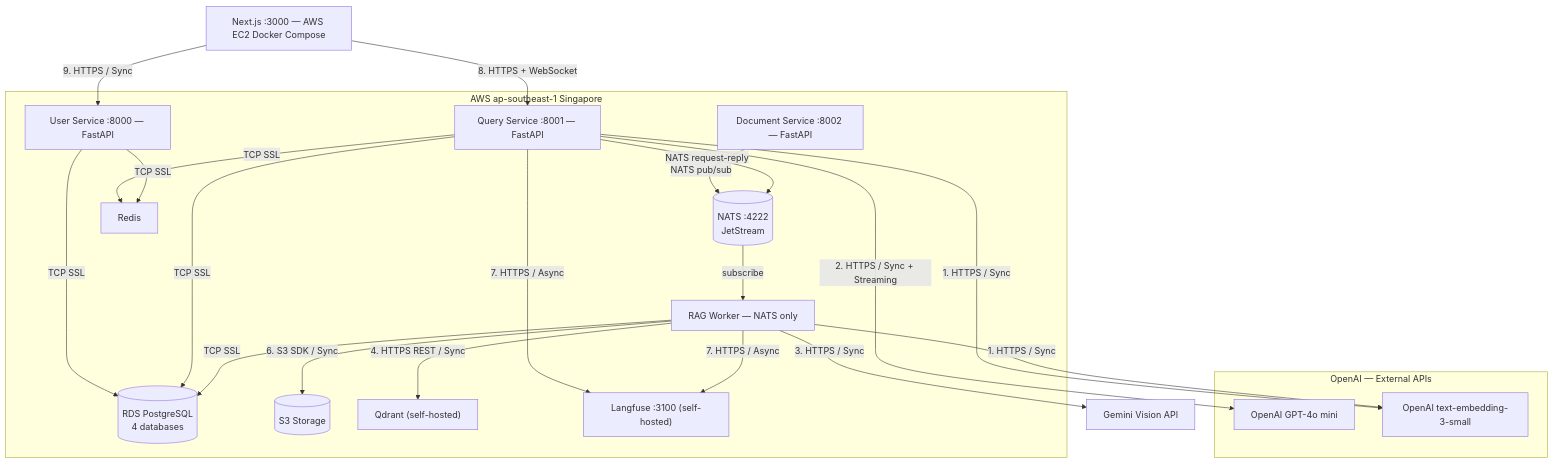
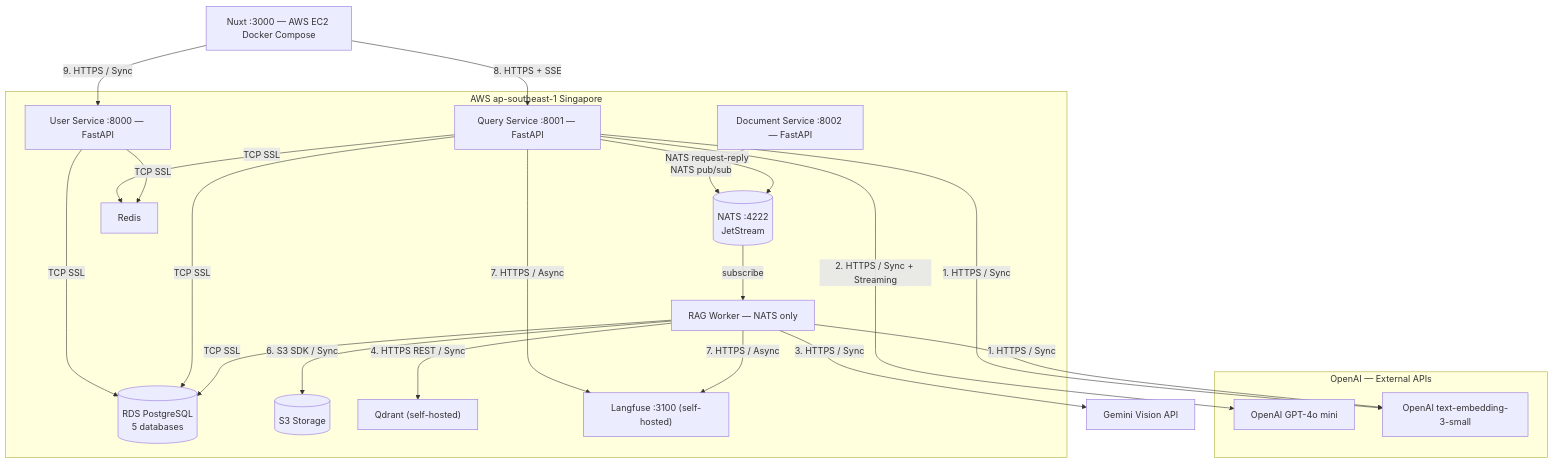
The fourth of 6 diagrams in docs/SA_RAG_Chatbot_Final.md (cds0987/DA08-VSF-AI), drawn with Mermaid before and after one commit. The commit also changed other lines of this file and 10 other files, not shown here.

````diff
--- a/docs/SA_RAG_Chatbot_Final.md
+++ b/docs/SA_RAG_Chatbot_Final.md
@@ -443,42 +451,42 @@
 ```mermaid
 flowchart TB
-    NEXTJS["Next.js :3000 — AWS EC2 Docker Compose"]
+    NEXTJS["Nuxt :3000 — AWS EC2 Docker Compose"]
 
     subgraph AWS["AWS ap-southeast-1 Singapore"]
         USVC["User Service :8000 — FastAPI"]
         INGEST["Document Service :8002 — FastAPI"]
         QUERY["Query Service :8001 — FastAPI"]
         RAG["RAG Worker — NATS only"]
         NATS_B[("NATS :4222\nJetStream")]
-        PG[("RDS PostgreSQL\n4 databases")]
+        PG[("RDS PostgreSQL\n5 databases")]
         S3[("S3 Storage")]
         QDRANT["Qdrant (self-hosted)"]
         LF["Langfuse :3100 (self-hosted)"]
         REDIS["Redis"]
     end
 
     subgraph OPENAI_EXT["OpenAI — External APIs"]
         AOAI["OpenAI GPT-4o mini"]
         EMB_API["OpenAI text-embedding-3-small"]
     end
     GEMINI_EXT["Gemini Vision API"]
 
     NEXTJS -- "9. HTTPS / Sync" --> USVC
-    NEXTJS -- "8. HTTPS + WebSocket" --> QUERY
+    NEXTJS -- "8. HTTPS + SSE" --> QUERY
     USVC -- "TCP SSL" --> PG
     QUERY -- "TCP SSL" --> PG
     RAG -- "TCP SSL" --> PG
     QUERY -- "2. HTTPS / Sync + Streaming" --> AOAI
     QUERY -- "1. HTTPS / Sync" --> EMB_API
     RAG -- "1. HTTPS / Sync" --> EMB_API
     RAG -- "3. HTTPS / Sync" --> GEMINI_EXT
     RAG -- "4. HTTPS REST / Sync" --> QDRANT
     RAG -- "6. S3 SDK / Sync" --> S3
     QUERY -- "7. HTTPS / Async" --> LF
     RAG -- "7. HTTPS / Async" --> LF
     INGEST -- "NATS pub/sub" --> NATS_B
     QUERY -- "NATS request-reply" --> NATS_B
     NATS_B -- "subscribe" --> RAG
     QUERY -- "TCP SSL" --> REDIS
     USVC -- "TCP SSL" --> REDIS
 ```
````
